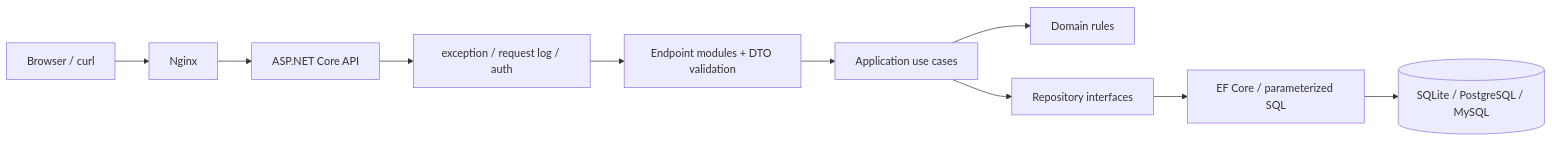
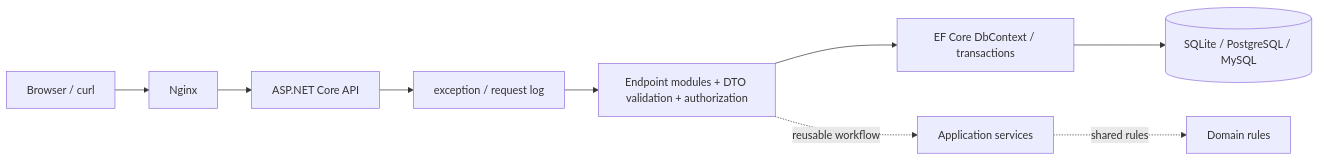
One commit to edidada/csharp-ecshop changed the diagram in docs/04_architecture.md. Above: the diagram before and after it, drawn with Mermaid. The commit also changed other lines of this file and 36 other files, not shown here.

````diff
--- a/docs/04_architecture.md
+++ b/docs/04_architecture.md
@@ -5,12 +5,11 @@
 ```mermaid
 flowchart LR
   Client[Browser / curl] --> Nginx
   Nginx --> Api[ASP.NET Core API]
-  Api --> MW[exception / request log / auth]
-  MW --> Endpoints[Endpoint modules + DTO validation]
-  Endpoints --> App[Application use cases]
-  App --> Domain[Domain rules]
-  App --> Repos[Repository interfaces]
-  Repos --> EF[EF Core / parameterized SQL]
+  Api --> MW[exception / request log]
+  MW --> Endpoints[Endpoint modules + DTO validation + authorization]
+  Endpoints --> EF[EF Core DbContext / transactions]
+  Endpoints -. reusable workflow .-> App[Application services]
+  App -. shared rules .-> Domain[Domain rules]
   EF --> Db[(SQLite / PostgreSQL / MySQL)]
 ```
````
